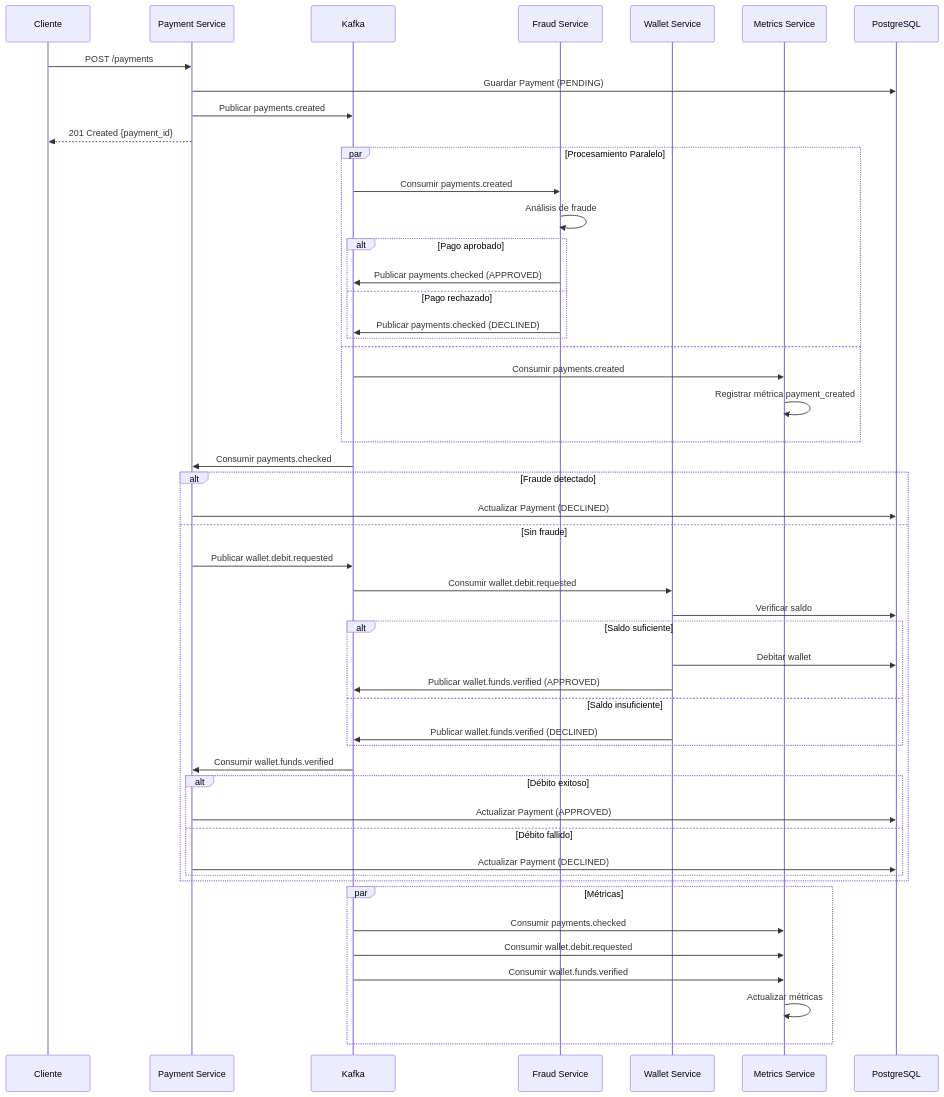
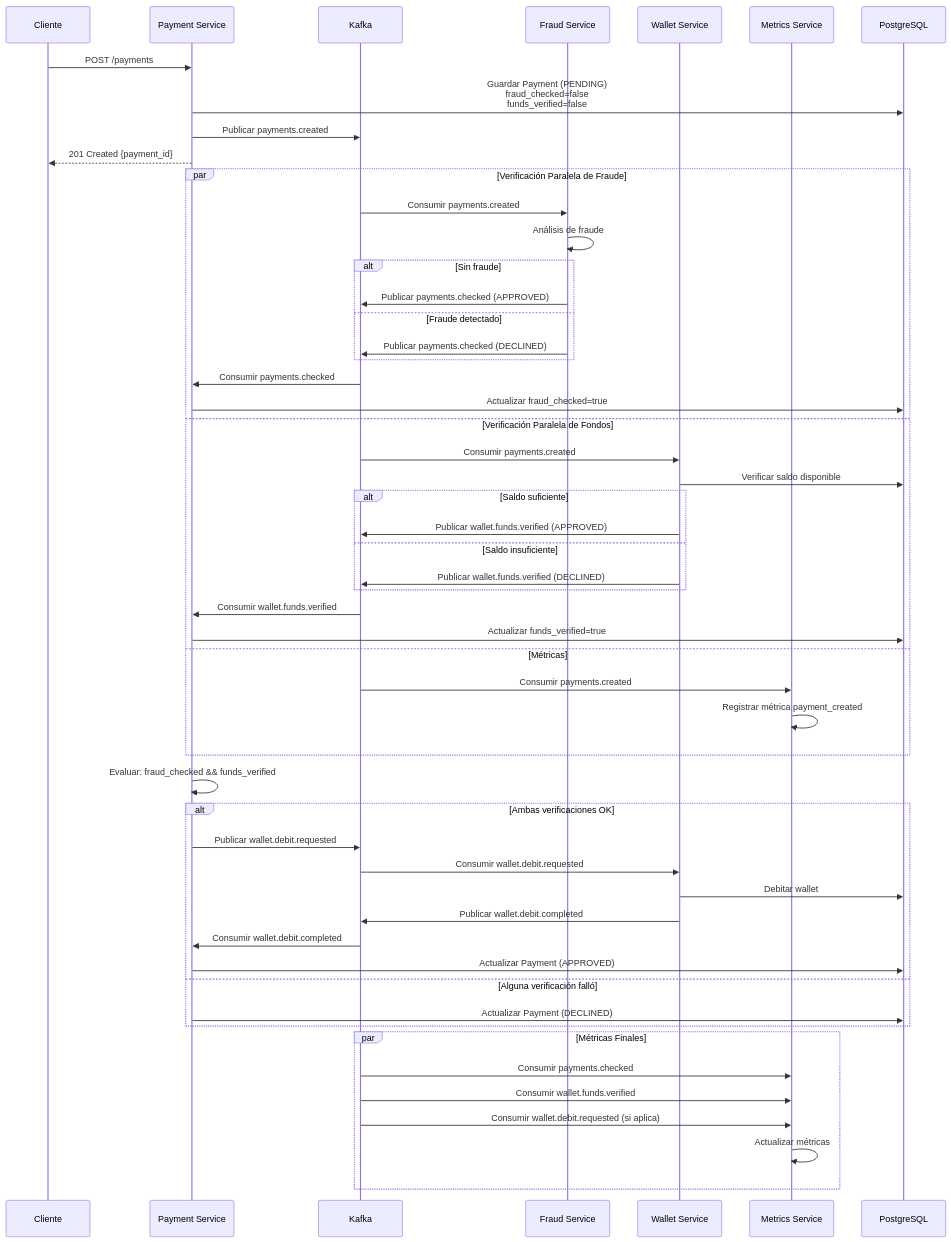
The second of 8 diagrams in README.md (jeffleon2/draftea), drawn with Mermaid before and after one commit. The commit also changed other lines of this file, not shown here.

````diff
--- a/README.md
+++ b/README.md
@@ -88,60 +94,60 @@
 ```mermaid
 sequenceDiagram
     participant C as Cliente
     participant PS as Payment Service
     participant K as Kafka
     participant FS as Fraud Service
     participant WS as Wallet Service
     participant MS as Metrics Service
     participant DB as PostgreSQL
     
     C->>PS: POST /payments
-    PS->>DB: Guardar Payment (PENDING)
+    PS->>DB: Guardar Payment (PENDING)<br/>fraud_checked=false<br/>funds_verified=false
     PS->>K: Publicar payments.created
     PS-->>C: 201 Created {payment_id}
     
-    par Procesamiento Paralelo
+    par Verificación Paralela de Fraude
         K->>FS: Consumir payments.created
         FS->>FS: Análisis de fraude
-        alt Pago aprobado
+        alt Sin fraude
             FS->>K: Publicar payments.checked (APPROVED)
-        else Pago rechazado
+        else Fraude detectado
             FS->>K: Publicar payments.checked (DECLINED)
         end
-    and
+        K->>PS: Consumir payments.checked
+        PS->>DB: Actualizar fraud_checked=true
+    and Verificación Paralela de Fondos
+        K->>WS: Consumir payments.created
+        WS->>DB: Verificar saldo disponible
+        alt Saldo suficiente
+            WS->>K: Publicar wallet.funds.verified (APPROVED)
+        else Saldo insuficiente
+            WS->>K: Publicar wallet.funds.verified (DECLINED)
+        end
+        K->>PS: Consumir wallet.funds.verified
+        PS->>DB: Actualizar funds_verified=true
+    and Métricas
         K->>MS: Consumir payments.created
         MS->>MS: Registrar métrica payment_created
     end
     
-    K->>PS: Consumir payments.checked
+    PS->>PS: Evaluar: fraud_checked && funds_verified
     
-    alt Fraude detectado
-        PS->>DB: Actualizar Payment (DECLINED)
-    else Sin fraude
+    alt Ambas verificaciones OK
         PS->>K: Publicar wallet.debit.requested
         K->>WS: Consumir wallet.debit.requested
-        WS->>DB: Verificar saldo
-        
-        alt Saldo suficiente
-            WS->>DB: Debitar wallet
-            WS->>K: Publicar wallet.funds.verified (APPROVED)
-        else Saldo insuficiente
-            WS->>K: Publicar wallet.funds.verified (DECLINED)
-        end
-        
-        K->>PS: Consumir wallet.funds.verified
-        
-        alt Débito exitoso
-            PS->>DB: Actualizar Payment (APPROVED)
-        else Débito fallido
-            PS->>DB: Actualizar Payment (DECLINED)
-        end
+        WS->>DB: Debitar wallet
+        WS->>K: Publicar wallet.debit.completed
+        K->>PS: Consumir wallet.debit.completed
+        PS->>DB: Actualizar Payment (APPROVED)
+    else Alguna verificación falló
+        PS->>DB: Actualizar Payment (DECLINED)
     end
     
-    par Métricas
+    par Métricas Finales
         K->>MS: Consumir payments.checked
-        K->>MS: Consumir wallet.debit.requested
         K->>MS: Consumir wallet.funds.verified
+        K->>MS: Consumir wallet.debit.requested (si aplica)
         MS->>MS: Actualizar métricas
     end
 ```
````
